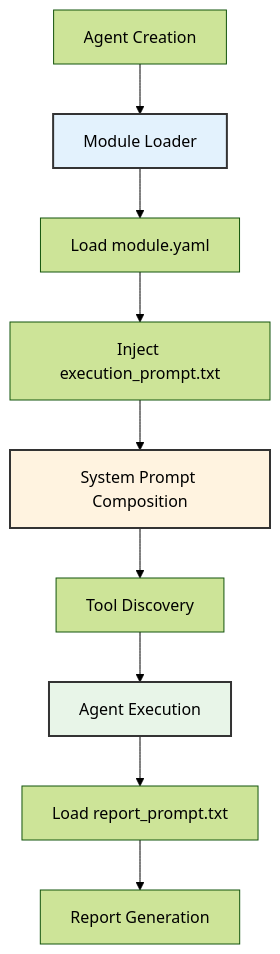
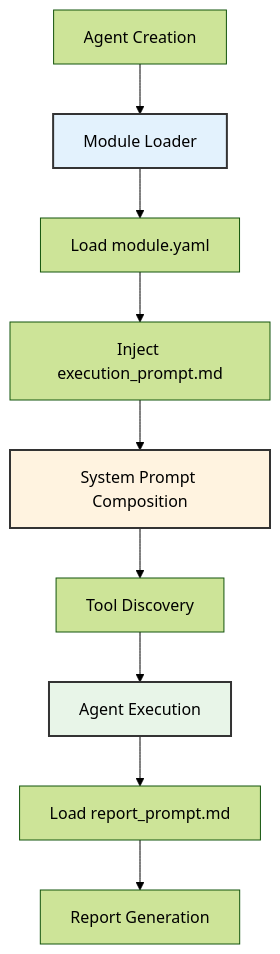
One commit to westonbrown/Cyber-AutoAgent changed the first of 3 diagrams in src/modules/operation_plugins/README.md. Above: the diagram before and after it, drawn with Mermaid (forest theme). The commit also changed other lines of this file and 8 other files, not shown here.

````diff
--- a/src/modules/operation_plugins/README.md
+++ b/src/modules/operation_plugins/README.md
@@ -7,15 +7,15 @@
 ```mermaid
 graph TD
     A[Agent Creation] --> B[Module Loader]
     B --> C[Load module.yaml]
-    C --> D[Inject execution_prompt.txt]
+    C --> D[Inject execution_prompt.md]
     D --> E[System Prompt Composition]
     E --> F[Tool Discovery]
     F --> G[Agent Execution]
-    G --> H[Load report_prompt.txt]
+    G --> H[Load report_prompt.md]
     H --> I[Report Generation]
 
     style B fill:#e3f2fd,stroke:#333,stroke-width:2px
     style E fill:#fff3e0,stroke:#333,stroke-width:2px
     style G fill:#e8f5e8,stroke:#333,stroke-width:2px
 ```
````
